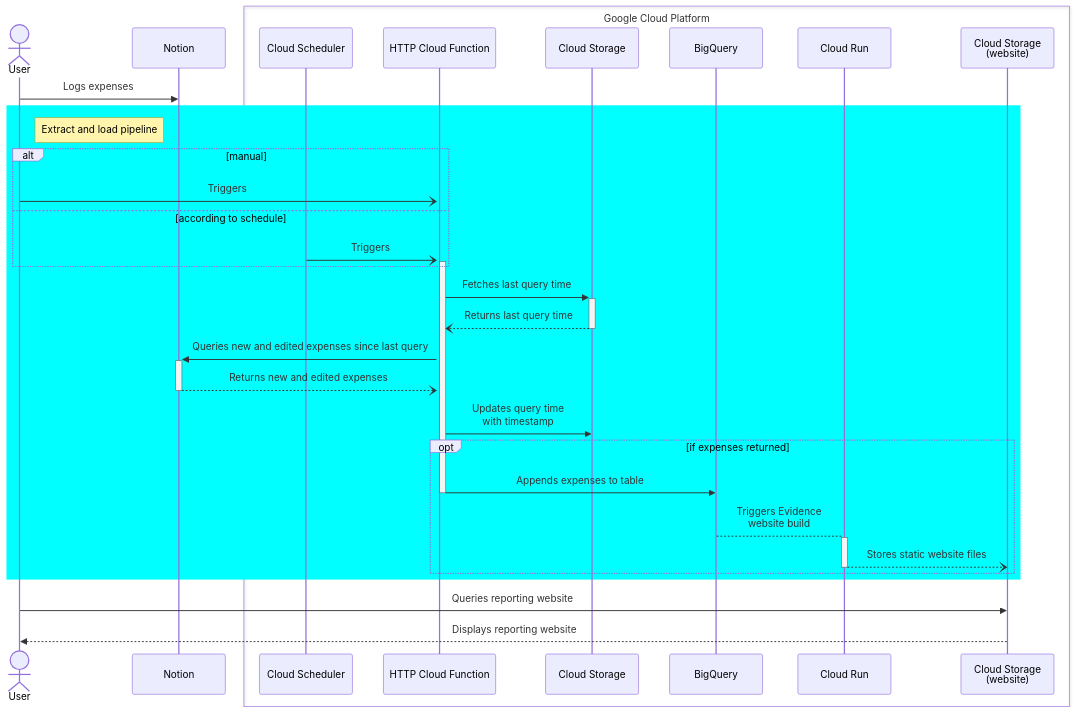
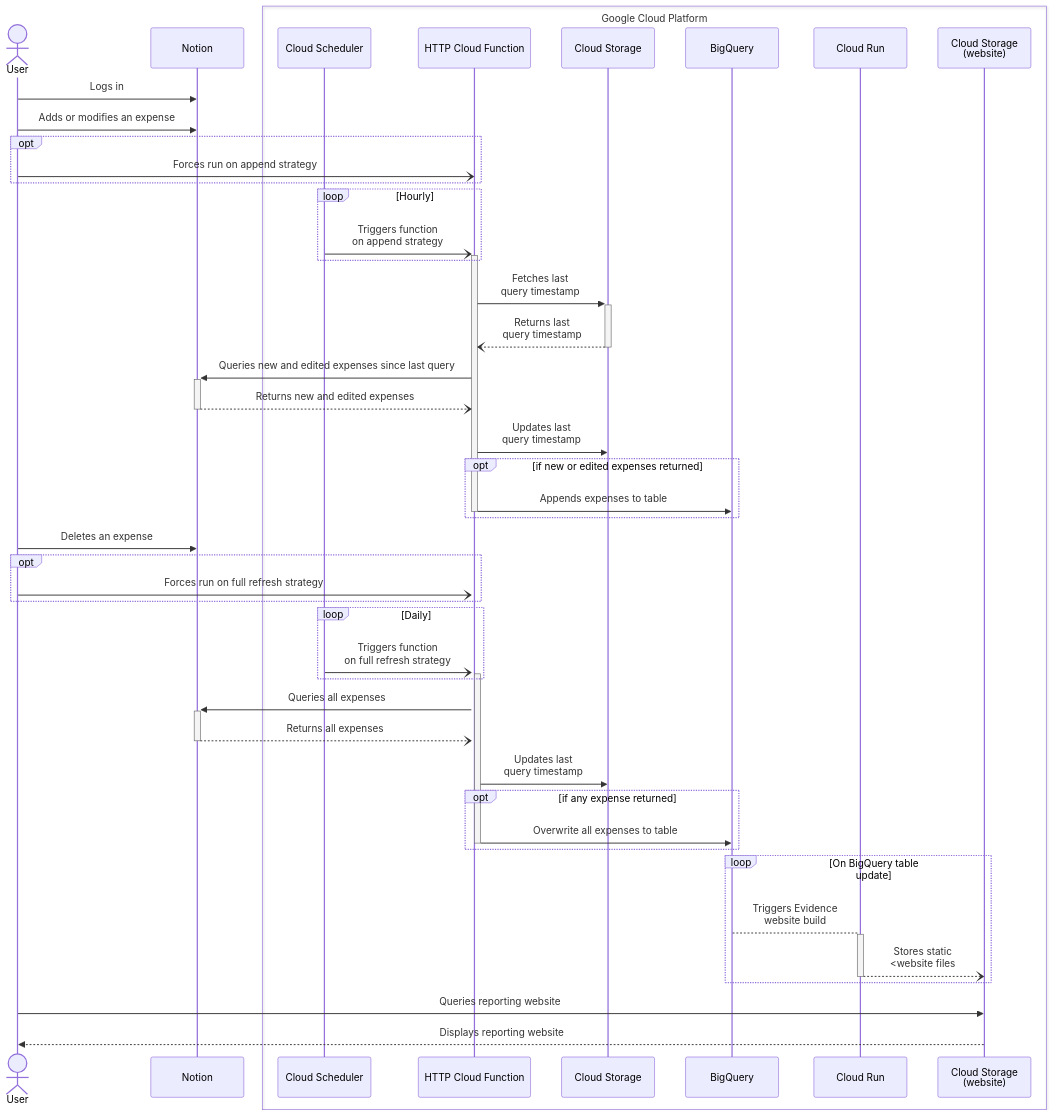
The diagram in README.md (tucared/personal-expense-tracker), drawn with Mermaid before and after one commit. The commit also changed other lines of this file and 5 other files, not shown here.

Commit message:
feat: added daily full table refresh

````diff
--- a/README.md
+++ b/README.md
@@ -308,37 +327,53 @@
 ```mermaid
 sequenceDiagram
     actor U as User
     participant N as Notion
     box Google Cloud Platform
     participant CS as Cloud Scheduler
     participant CF as HTTP Cloud Function
     participant GCS as Cloud Storage
     participant BQ as BigQuery
     participant CR as Cloud Run
     participant GCSw as Cloud Storage<br>(website)
     end
 
-    U->>N: Logs expenses
+    U->>N: Logs in
 
-    rect rgb(0, 255, 255)
-        note right of U: Extract and load pipeline
-        alt manual
-            U-)+CF: Triggers
-        else according to schedule
-            CS-)+CF: Triggers
-        end
-        CF->>+GCS: Fetches last query time
-        GCS--)-CF: Returns last query time
-        CF->>+N: Queries new and edited expenses since last query
-        N--)-CF: Returns new and edited expenses
-        CF->>GCS: Updates query time <br>with timestamp
-        opt if expenses returned
-            CF->>-BQ: Appends expenses to table
-            BQ-->+CR: Triggers Evidence<br>website build
-            CR--)-GCSw: Stores static website files
-        end
+    U->>N: Adds or modifies an expense
+    opt
+        U-)CF: Forces run on append strategy
+    end
+    loop Hourly
+        CS-)+CF: Triggers function<br>on append strategy
+    end
+    CF->>+GCS: Fetches last<br>query timestamp
+    GCS--)-CF: Returns last<br>query timestamp
+    CF->>+N: Queries new and edited expenses since last query
+    N--)-CF: Returns new and edited expenses
+    CF->>GCS: Updates last<br>query timestamp
+    opt if new or edited expenses returned
+        CF->>-BQ: Appends expenses to table
+    end
+
+    U->>N: Deletes an expense
+    opt
+        U-)+CF: Forces run on full refresh strategy
+    end
+    loop Daily
+        CS-)+CF: Triggers function<br>on full refresh strategy
+    end
+    CF->>+N: Queries all expenses
+    N--)-CF: Returns all expenses
+    CF->>GCS: Updates last<br>query timestamp
+    opt if any expense returned
+        CF->>-BQ: Overwrite all expenses to table
+    end
+
+    loop On BigQuery table update
+        BQ-->+CR: Triggers Evidence<br>website build
+        CR--)-GCSw: Stores static<br><website files
     end
 
     U->>GCSw: Queries reporting website
     GCSw-->>U: Displays reporting website
 ```
````
